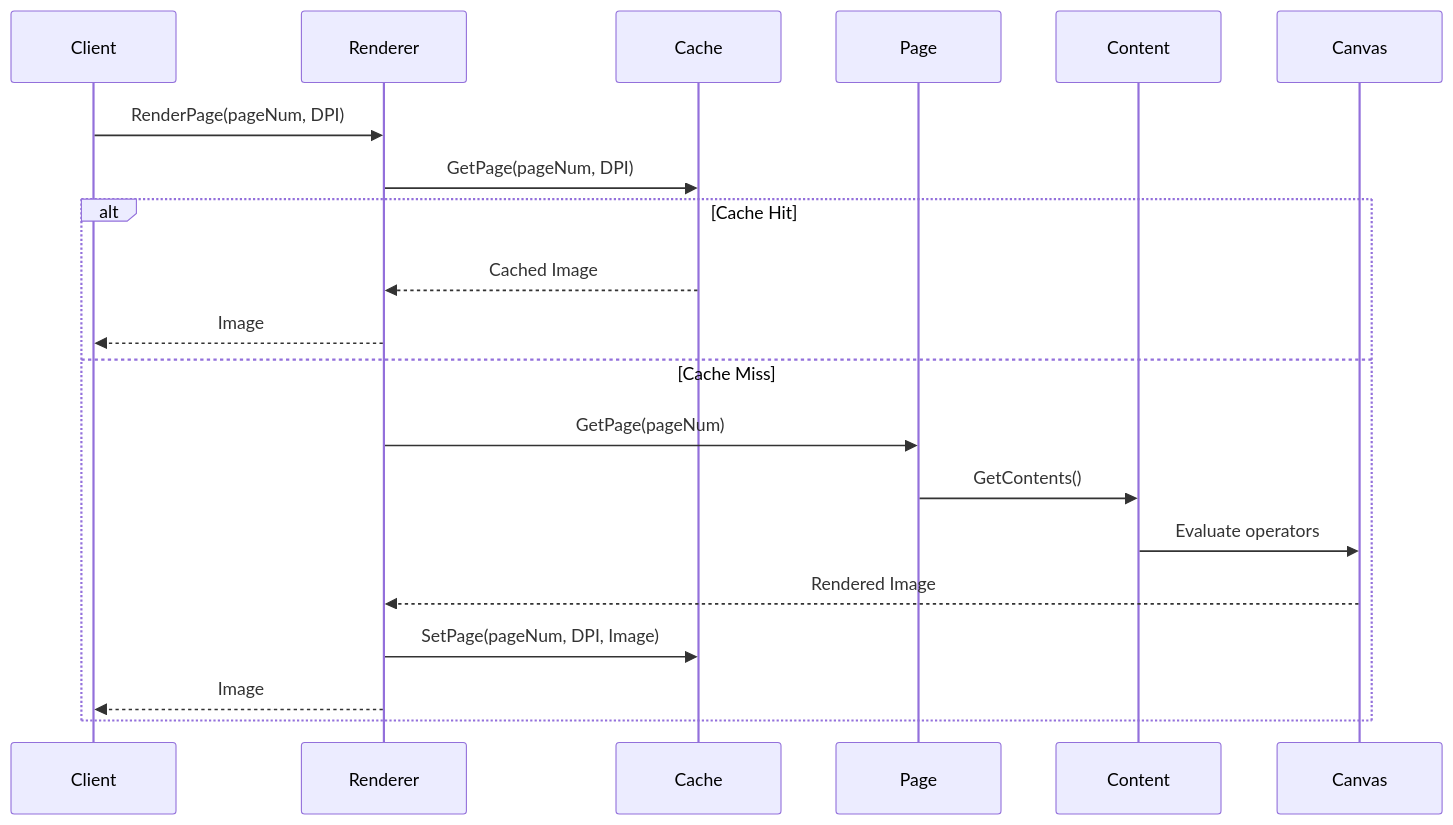
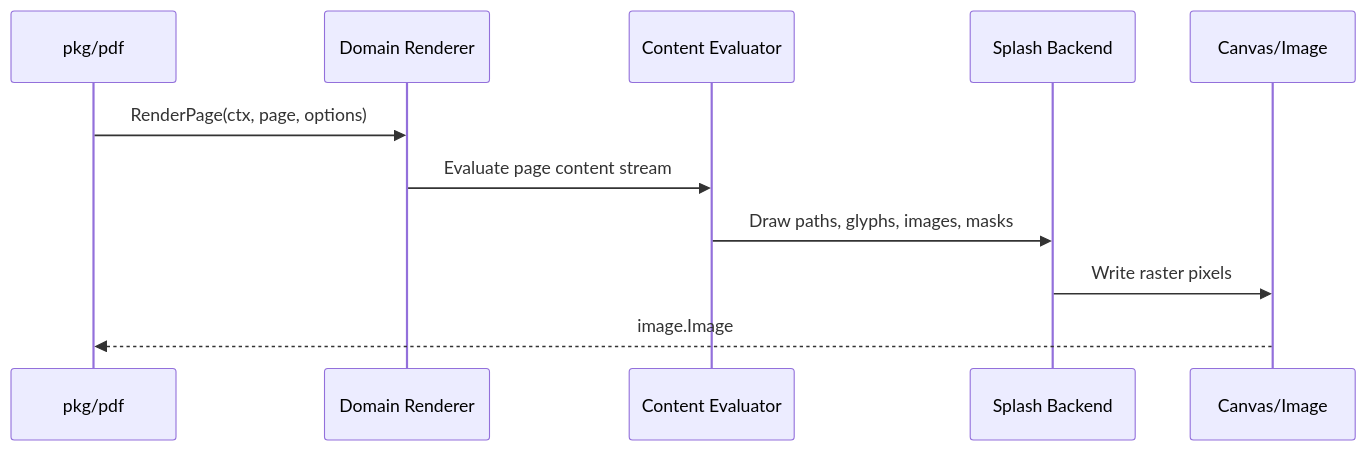
Before and after one commit to dh-kam/pdf-go: the second of 3 diagrams in docs/architecture.md, drawn with Mermaid. The commit also changed other lines of this file and 24 other files, not shown here.

````diff
--- a/docs/architecture.md
+++ b/docs/architecture.md
@@ -205,24 +88,14 @@
 ```mermaid
 sequenceDiagram
-    participant Client
-    participant Renderer
-    participant Cache
-    participant Page
-    participant Content
-    participant Canvas
+    participant API as pkg/pdf
+    participant Renderer as Domain Renderer
+    participant Eval as Content Evaluator
+    participant Splash as Splash Backend
+    participant Canvas as Canvas/Image
 
-    Client->>Renderer: RenderPage(pageNum, DPI)
-    Renderer->>Cache: GetPage(pageNum, DPI)
-
-    alt Cache Hit
-        Cache-->>Renderer: Cached Image
-        Renderer-->>Client: Image
-    else Cache Miss
-        Renderer->>Page: GetPage(pageNum)
-        Page->>Content: GetContents()
-        Content->>Canvas: Evaluate operators
-        Canvas-->>Renderer: Rendered Image
-        Renderer->>Cache: SetPage(pageNum, DPI, Image)
-        Renderer-->>Client: Image
-    end
+    API->>Renderer: RenderPage(ctx, page, options)
+    Renderer->>Eval: Evaluate page content stream
+    Eval->>Splash: Draw paths, glyphs, images, masks
+    Splash->>Canvas: Write raster pixels
+    Canvas-->>API: image.Image
 ```
````
